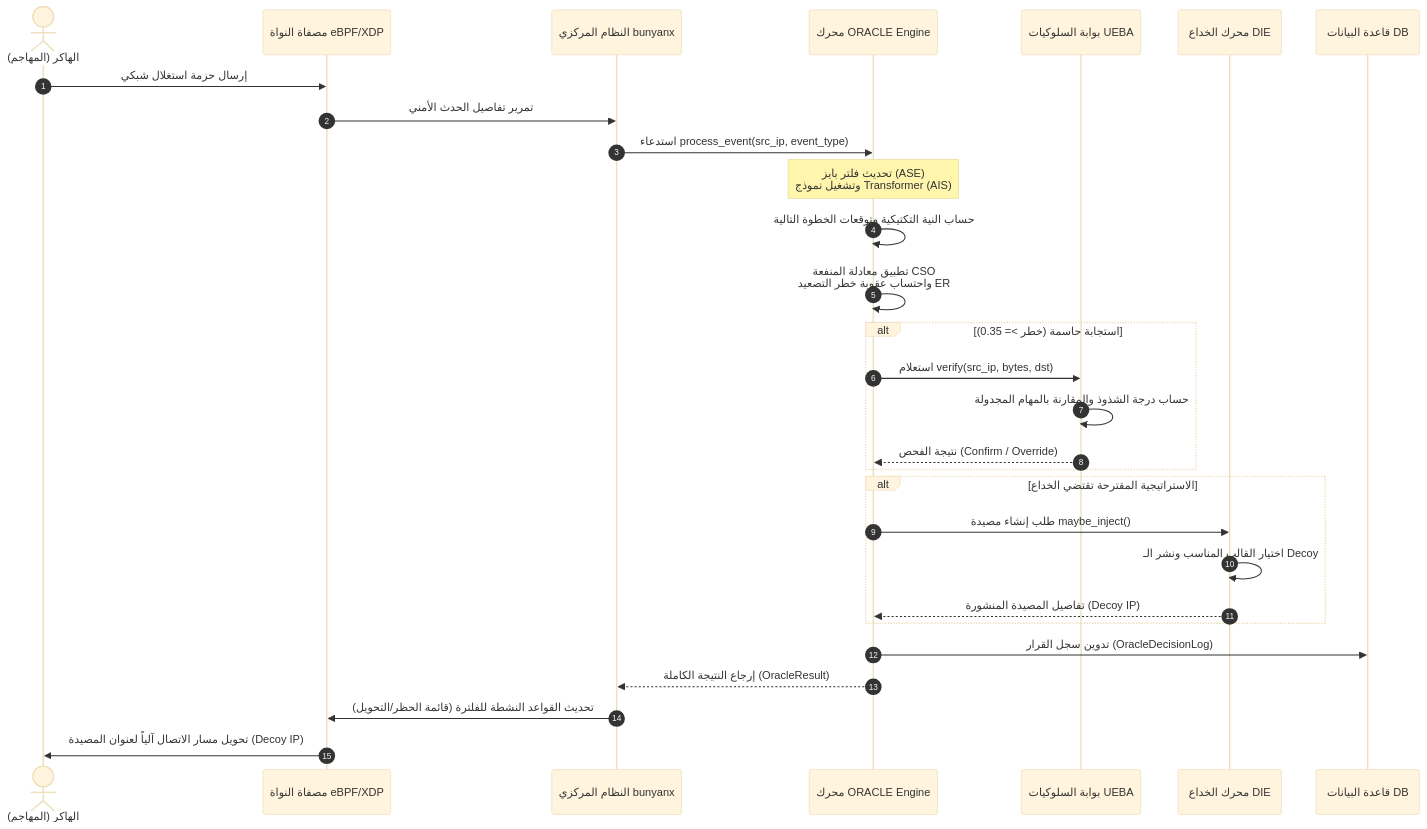
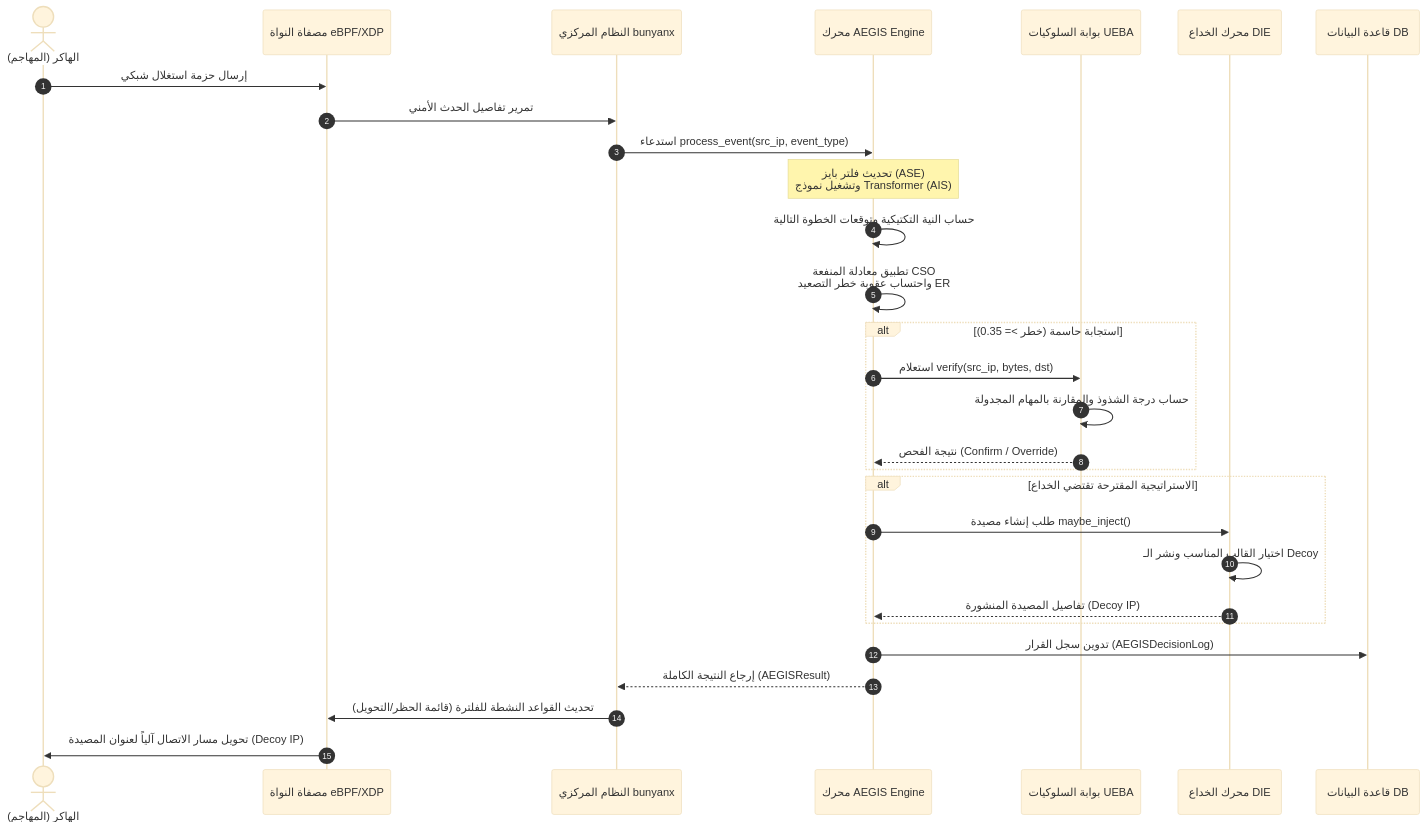
The third of 6 diagrams in predictive_ai_documentation.md (waheeb71/bunyanx_doc), drawn with Mermaid (base theme) before and after one commit. The commit also changed other lines of this file and 29 other files, not shown here.

Commit message:
feat: complete redesign of BUNYANX graduation showcase with mobile-first QR UX, 17 modules catalog, attack demos, testing matrices, and architecture visualizer

````diff
--- a/predictive_ai_documentation.md
+++ b/predictive_ai_documentation.md
@@ -311,37 +311,37 @@
 ```mermaid
 sequenceDiagram
     autonumber
     actor Attacker as الهاكر (المهاجم)
     participant Kernel as مصفاة النواة eBPF/XDP
     participant Core as النظام المركزي bunyanx
-    participant Engine as محرك ORACLE Engine
+    participant Engine as محرك AEGIS Engine
     participant UEBA as بوابة السلوكيات UEBA
     participant DIE as محرك الخداع DIE
     participant DB as قاعدة البيانات DB
 
     Attacker->>Kernel: إرسال حزمة استغلال شبكي
     Kernel->>Core: تمرير تفاصيل الحدث الأمني
     Core->>Engine: استدعاء process_event(src_ip, event_type)
     
     Note over Engine: تحديث فلتر بايز (ASE)<br/>وتشغيل نموذج Transformer (AIS)
     Engine->>Engine: حساب النية التكتيكية وتوقعات الخطوة التالية
     
     Engine->>Engine: تطبيق معادلة المنفعة CSO<br/>واحتساب عقوبة خطر التصعيد ER
     
     alt استجابة حاسمة (خطر >= 0.35)
         Engine->>UEBA: استعلام verify(src_ip, bytes, dst)
         UEBA->>UEBA: حساب درجة الشذوذ والمقارنة بالمهام المجدولة
         UEBA-->>Engine: نتيجة الفحص (Confirm / Override)
     end
     
     alt الاستراتيجية المقترحة تقتضي الخداع
         Engine->>DIE: طلب إنشاء مصيدة maybe_inject()
         DIE->>DIE: اختيار القالب المناسب ونشر الـ Decoy
         DIE-->>Engine: تفاصيل المصيدة المنشورة (Decoy IP)
     end
     
-    Engine->>DB: تدوين سجل القرار (OracleDecisionLog)
-    Engine-->>Core: إرجاع النتيجة الكاملة (OracleResult)
+    Engine->>DB: تدوين سجل القرار (AEGISDecisionLog)
+    Engine-->>Core: إرجاع النتيجة الكاملة (AEGISResult)
     Core->>Kernel: تحديث القواعد النشطة للفلترة (قائمة الحظر/التحويل)
     Kernel->>Attacker: تحويل مسار الاتصال آلياً لعنوان المصيدة (Decoy IP)
 ```
````
